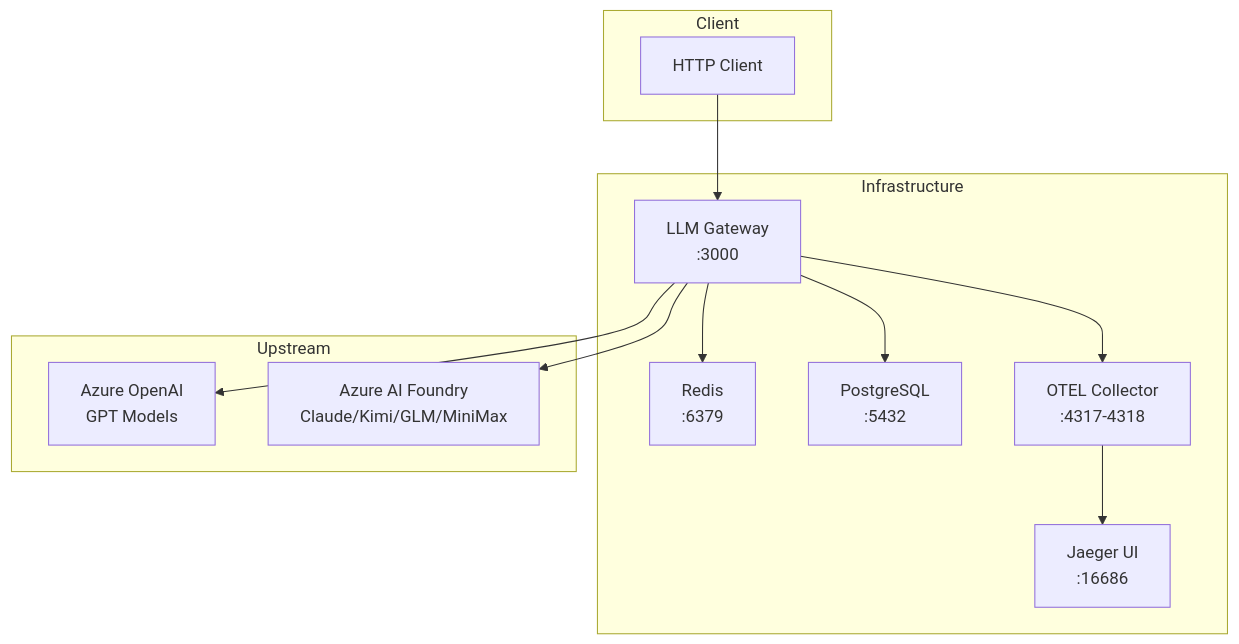
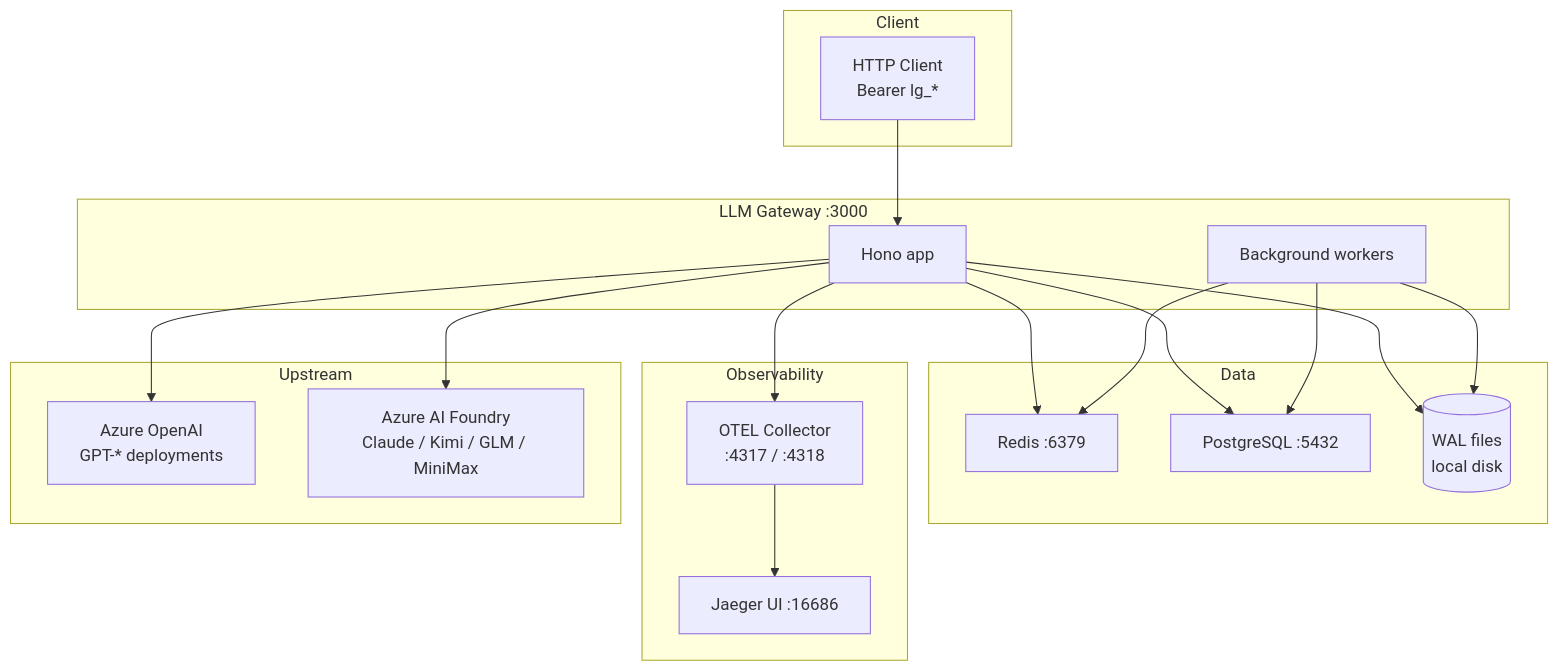
One commit to felixti/llm-gateway changed the first of 9 diagrams in docs/architecture.md. Above: the diagram before and after it, drawn with Mermaid. The commit also changed other lines of this file and 2 other files, not shown here.

````diff
--- a/docs/architecture.md
+++ b/docs/architecture.md
@@ -44,27 +78,39 @@
 ```mermaid
 graph TB
     subgraph Client
-        APP[HTTP Client]
+        APP[HTTP Client<br/>Bearer lg_*]
     end
 
-    subgraph Infrastructure
-        GW[LLM Gateway<br/>:3000]
-        REDIS[Redis<br/>:6379]
-        PG[PostgreSQL<br/>:5432]
-        OTEL[OTEL Collector<br/>:4317-4318]
-        JAEGER[Jaeger UI<br/>:16686]
+    subgraph Gateway[LLM Gateway :3000]
+        HONO[Hono app]
+        WORKERS[Background workers]
+    end
+
+    subgraph Data
+        REDIS[Redis :6379]
+        PG[PostgreSQL :5432]
+        WAL[(WAL files<br/>local disk)]
+    end
+
+    subgraph Observability
+        OTEL[OTEL Collector<br/>:4317 / :4318]
+        JAEGER[Jaeger UI :16686]
     end
 
     subgraph Upstream
-        AZURE_OPENAI[Azure OpenAI<br/>GPT Models]
-        FOUNDRY[Azure AI Foundry<br/>Claude/Kimi/GLM/MiniMax]
+        AOI[Azure OpenAI<br/>GPT-* deployments]
+        FND[Azure AI Foundry<br/>Claude / Kimi / GLM / MiniMax]
     end
 
-    APP --> GW
-    GW --> REDIS
-    GW --> PG
-    GW --> OTEL
+    APP --> HONO
+    HONO --> REDIS
+    HONO --> PG
+    HONO --> WAL
+    WORKERS --> REDIS
+    WORKERS --> PG
+    WORKERS --> WAL
+    HONO --> OTEL
     OTEL --> JAEGER
-    GW --> AZURE_OPENAI
-    GW --> FOUNDRY
+    HONO --> AOI
+    HONO --> FND
 ```
````
